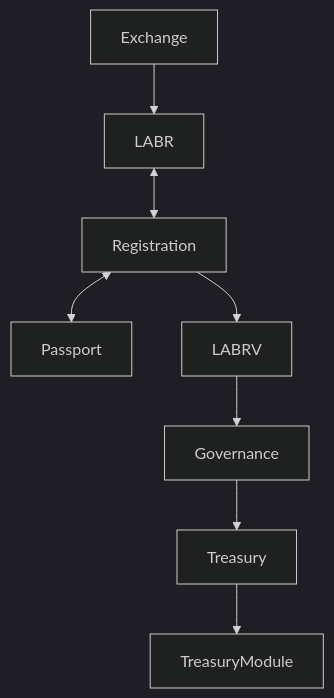
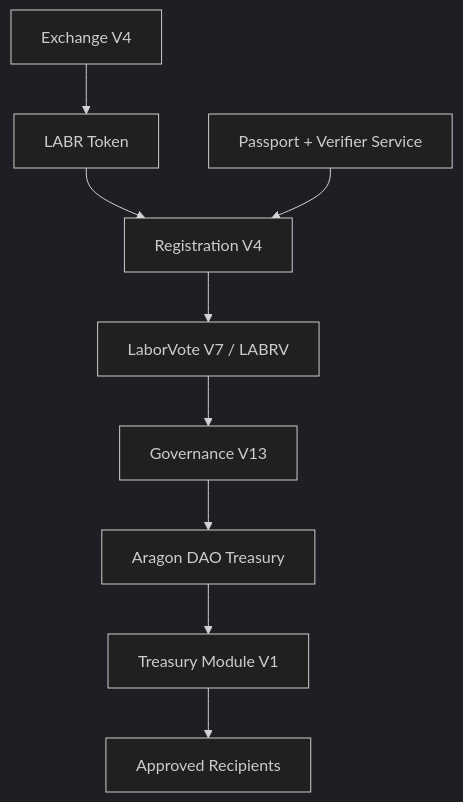
Before and after one commit to LaborCoinCreator/LaborCoin: the diagram in docs/architecture-diagram.md, drawn with Mermaid (dark theme). The commit also changed other lines of this file, not shown here.

````diff
--- a/docs/architecture-diagram.md
+++ b/docs/architecture-diagram.md
@@ -1,10 +1,11 @@
 ```mermaid
 flowchart TD
-    Exchange --> LABR
-    LABR <--> Registration
-    Registration <--> Passport
-    Registration --> LABRV
-    LABRV --> Governance
-    Governance --> Treasury
-    Treasury --> TreasuryModule
+    Exchange[Exchange V4] --> LABR[LABR Token]
+    LABR --> Registration[Registration V4]
+    Passport[Passport + Verifier Service] --> Registration
+    Registration --> LABRV[LaborVote V7 / LABRV]
+    LABRV --> Governance[Governance V13]
+    Governance --> DAO[Aragon DAO Treasury]
+    DAO --> TreasuryModule[Treasury Module V1]
+    TreasuryModule --> Recipients[Approved Recipients]
 ```
````
